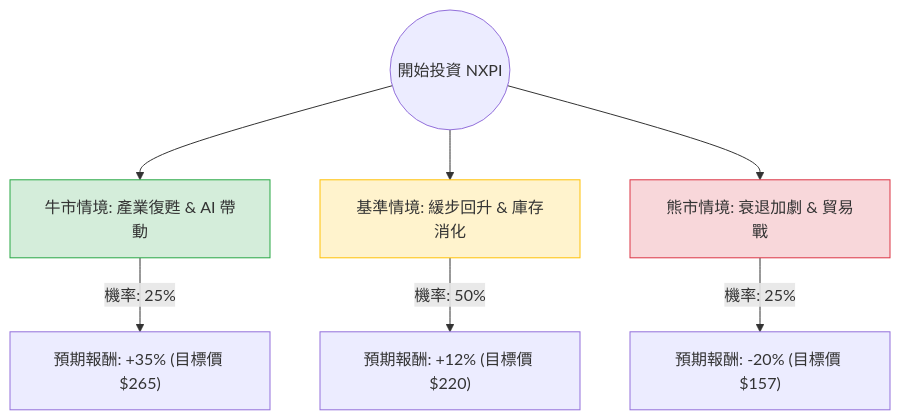
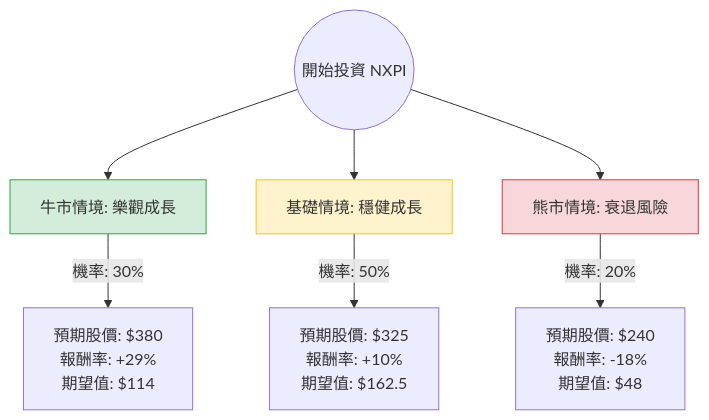
The diagram in plugin-react/ai-analysis/ev-analysis/NXPI.md (zmcx16/zmcx16.github.io), drawn with Mermaid before and after one commit. The commit also changed other lines of this file and 82 other files, not shown here.

````diff
--- a/plugin-react/ai-analysis/ev-analysis/NXPI.md
+++ b/plugin-react/ai-analysis/ev-analysis/NXPI.md
@@ -20,14 +19,14 @@
 ```mermaid
 graph TD
-    Start((開始投資 NXPI)) --> Bull[牛市情境: 產業復甦 & AI 帶動]
-    Start --> Base[基準情境: 緩步回升 & 庫存消化]
-    Start --> Bear[熊市情境: 衰退加劇 & 貿易戰]
+    Start((開始投資 NXPI)) --> Bull[牛市情境: 樂觀成長]
+    Start --> Base[基礎情境: 穩健成長]
+    Start --> Bear[熊市情境: 衰退風險]
 
-    Bull -- "機率: 25%" --> BullVal["預期報酬: +35% (目標價 $265)"]
-    Base -- "機率: 50%" --> BaseVal["預期報酬: +12% (目標價 $220)"]
-    Bear -- "機率: 25%" --> BearVal["預期報酬: -20% (目標價 $157)"]
+    Bull -- "機率: 30%" --> BullVal["預期股價: $380 <br/> 報酬率: +29% <br/> 期望值: $114"]
+    Base -- "機率: 50%" --> BaseVal["預期股價: $325 <br/> 報酬率: +10% <br/> 期望值: $162.5"]
+    Bear -- "機率: 20%" --> BearVal["預期股價: $240 <br/> 報酬率: -18% <br/> 期望值: $48"]
 
     style Bull fill:#d4edda,stroke:#28a745
     style Base fill:#fff3cd,stroke:#ffc107
     style Bear fill:#f8d7da,stroke:#dc3545
 ```
````
